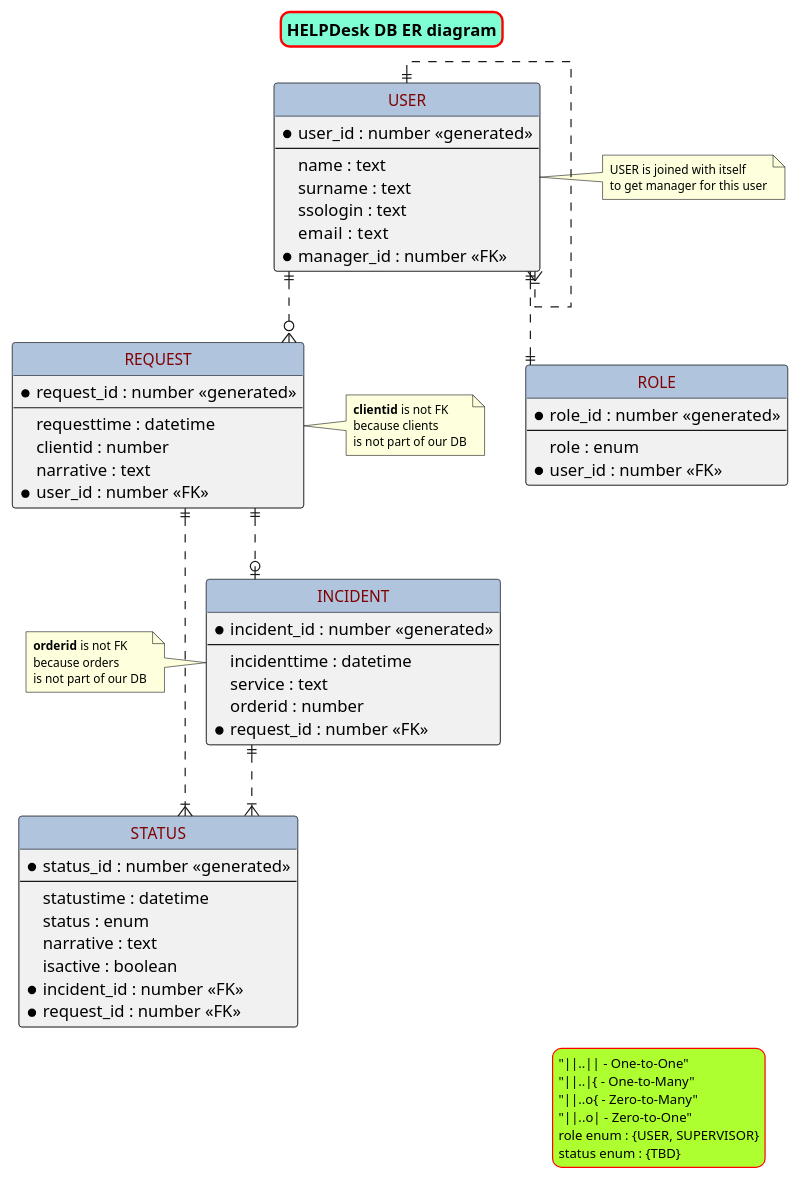
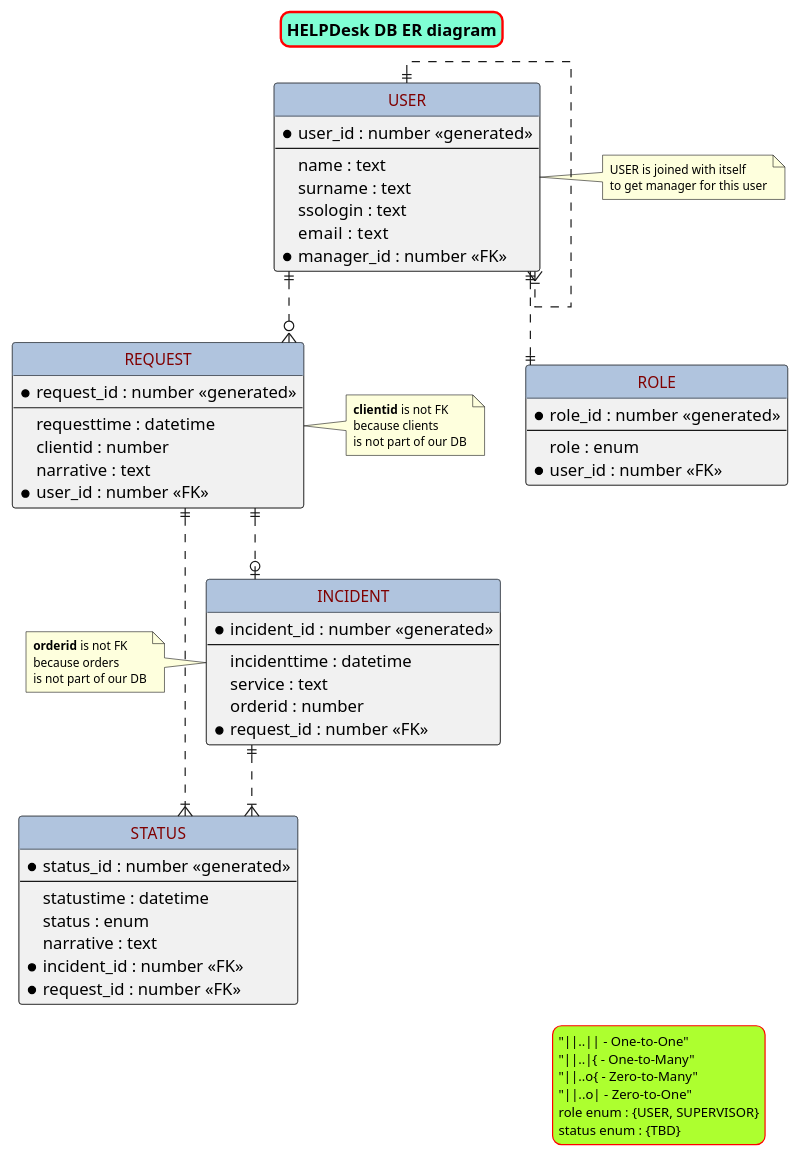
The diagram in er.puml (theotheo46/gb), drawn with PlantUML before and after one commit. The commit also changed 1 other file, not shown here.

```diff
--- a/er.puml
+++ b/er.puml
@@ -1,86 +1,85 @@
 @startuml
 skinparam titleBorderRoundCorner 15
 skinparam titleBorderThickness 2
 skinparam titleBorderColor red
 skinparam titleBackgroundColor Aquamarine
 title HELPDesk DB ER diagram
 ' hide the spot
 hide circle
 ' avoid problems with angled crows feet
 skinparam linetype ortho
 skinparam ClassHeaderBackgroundColor LightSteelBlue
 skinparam classFontColor maroon
 skinparam classFontSize 13
 skinparam classFontName Aapex
 skinparam NoteFontSize 10
 skinparam NoteFontSName Aapex
 skinparam LegendBackgroundColor GreenYellow
 skinparam LegendBorderColor red
 skinparam LegendFontSize 11
 
 entity "USER" as user {
   *user_id : number <<generated>>
   --
   name : text
   surname : text
   ssologin : text
   email :  text
   *manager_id : number <<FK>>
 }
 note right: USER is joined with itself\nto get manager for this user
 entity "ROLE" as role {
   *role_id : number <<generated>>
   --
   role : enum
   *user_id : number <<FK>>
 }
 'note right: One of \n{USER, SUPERVISOR}}
 
 entity "REQUEST" as request {
   *request_id : number <<generated>>
   --
   requesttime : datetime
   clientid : number
   narrative : text
   *user_id : number <<FK>>
 }
 note right: **clientid** is not FK \nbecause clients \nis not part of our DB
 
 entity "INCIDENT" as incident {
   *incident_id : number <<generated>>
   --
   incidenttime : datetime
   service : text
   orderid : number
   *request_id : number <<FK>>
 }
 note left: **orderid** is not FK \nbecause orders \nis not part of our DB
 
 entity "STATUS" as status {
   *status_id : number <<generated>>
   --
   statustime : datetime
   status : enum
   narrative : text
-  isactive : boolean
   *incident_id : number <<FK>>
   *request_id : number <<FK>>
 }
 
 user ||..|| role
 user ||..|{ user
 user ||..o{ request
 request ||..o| incident
 request ||..|{ status
 incident ||..|{ status
 
 legend right
 "||..|| - One-to-One"
 "||..|{ - One-to-Many"
 "||..o{ - Zero-to-Many"
 "||..o| - Zero-to-One"
 role enum : {USER, SUPERVISOR}
 status enum : {TBD}
 endlegend
 
 @enduml
```
